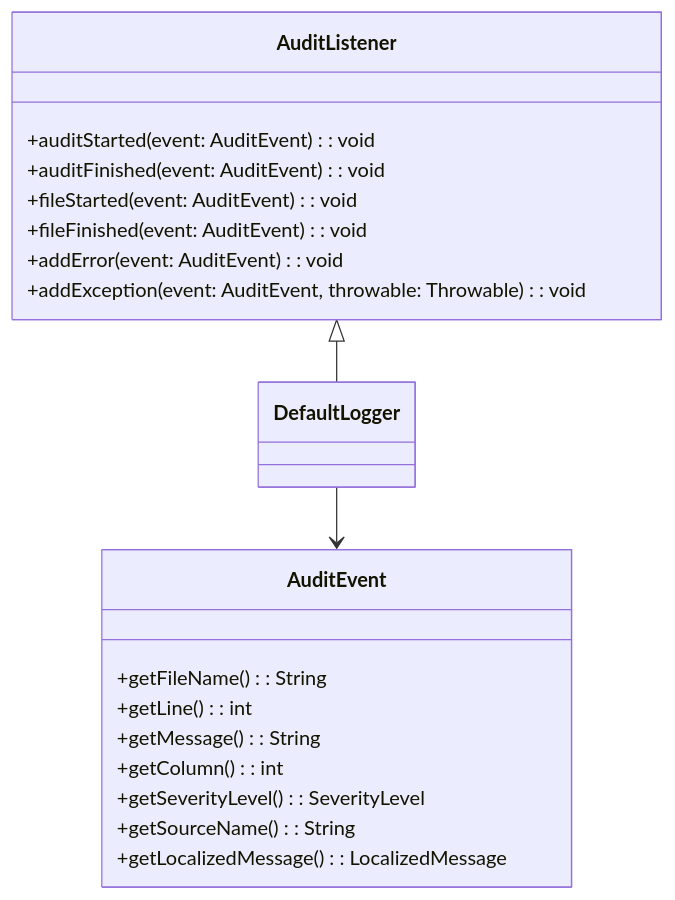
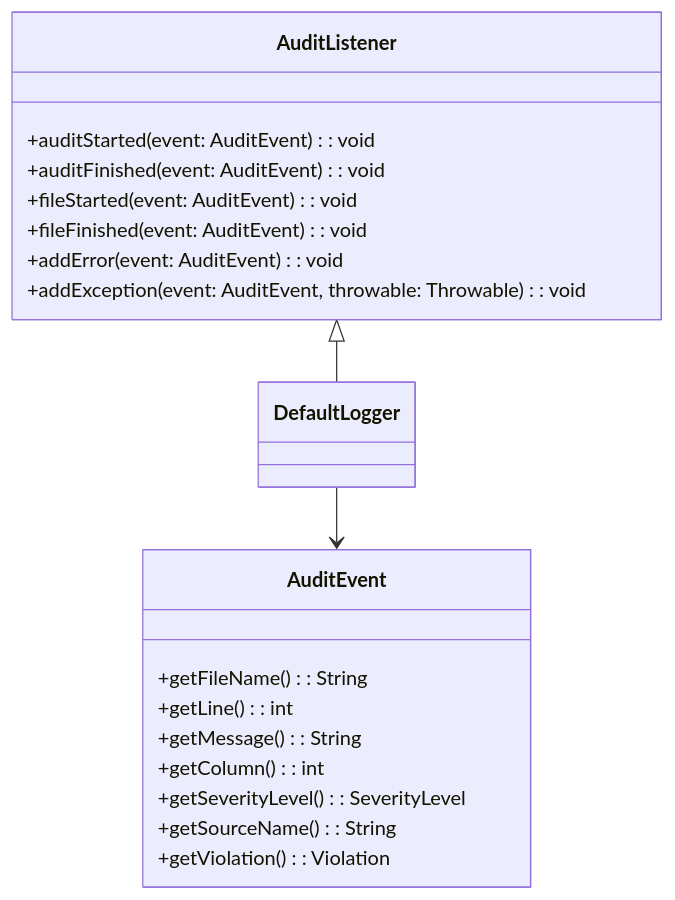
The diagram in docs/AuditListener.png.md (checkstyle/checkstyle), drawn with Mermaid before and after one commit. The commit also changed 2 other files, not shown here.

Commit message:
Issue #22976: Update AuditListener class diagram

````diff
--- a/docs/AuditListener.png.md
+++ b/docs/AuditListener.png.md
@@ -1,32 +1,32 @@
 ```mermaid
 classDiagram
 direction TB
     class DefaultLogger {
     }
 
     class AuditListener {
         +auditStarted(event: AuditEvent) : void
         +auditFinished(event: AuditEvent) : void
         +fileStarted(event: AuditEvent) : void
         +fileFinished(event: AuditEvent) : void
         +addError(event: AuditEvent) : void
         +addException(event: AuditEvent, throwable: Throwable) : void
     }
 
     class AuditEvent {
         +getFileName() : String
         +getLine() : int
         +getMessage() : String
         +getColumn() : int
         +getSeverityLevel() : SeverityLevel
         +getSourceName() : String
-        +getLocalizedMessage() : LocalizedMessage
+        +getViolation() : Violation
     }
 
     AuditListener <|-- DefaultLogger
     DefaultLogger --> AuditEvent
 
     class DefaultLogger:::Sky
     class AuditListener:::Sky
     class AuditEvent:::Sky
 ```
````
